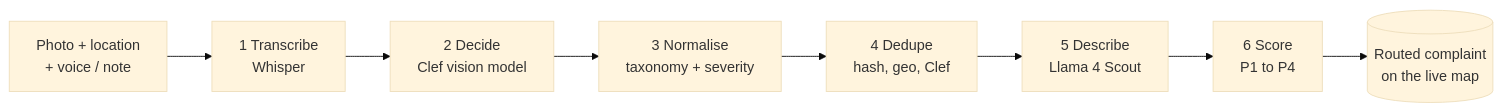
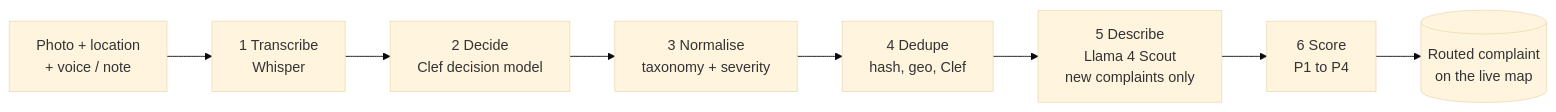
Before and after one commit to NormVg/urban.bee: the first of 2 diagrams in README.md, drawn with Mermaid (base theme). The commit also changed other lines of this file, not shown here.

````diff
--- a/README.md
+++ b/README.md
@@ -52,10 +52,10 @@
 ```mermaid
 flowchart LR
     A[Photo + location<br/>+ voice / note] --> B[1 Transcribe<br/>Whisper]
-    B --> C[2 Decide<br/>Clef vision model]
+    B --> C[2 Decide<br/>Clef decision model]
     C --> D[3 Normalise<br/>taxonomy + severity]
     D --> E[4 Dedupe<br/>hash, geo, Clef]
-    E --> F[5 Describe<br/>Llama 4 Scout]
+    E --> F[5 Describe<br/>Llama 4 Scout<br/>new complaints only]
     F --> G[6 Score<br/>P1 to P4]
     G --> H[(Routed complaint<br/>on the live map)]
 ```
````
